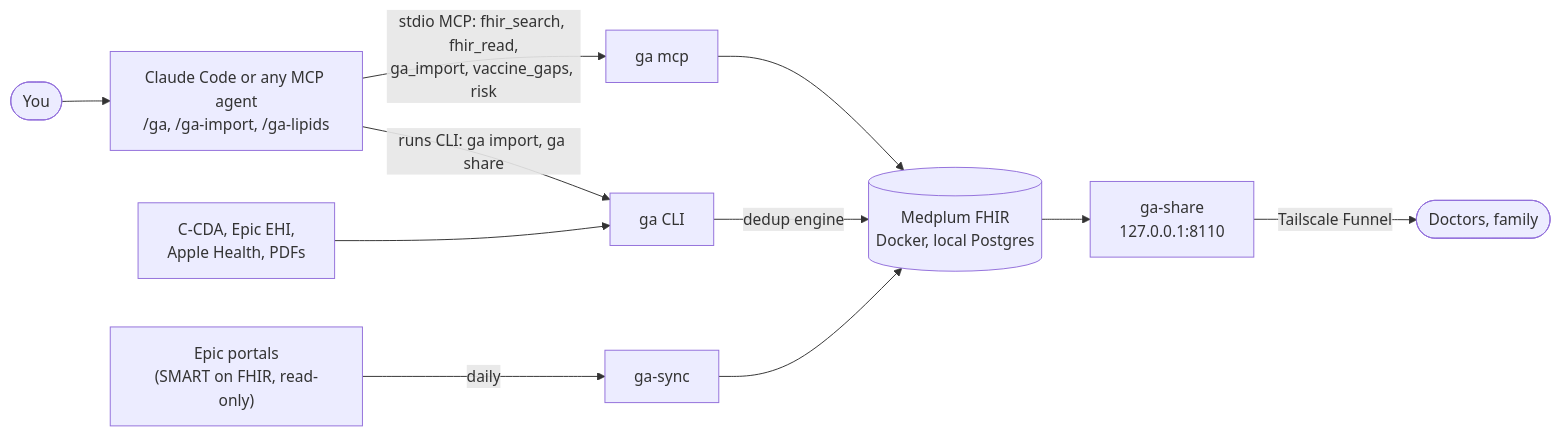
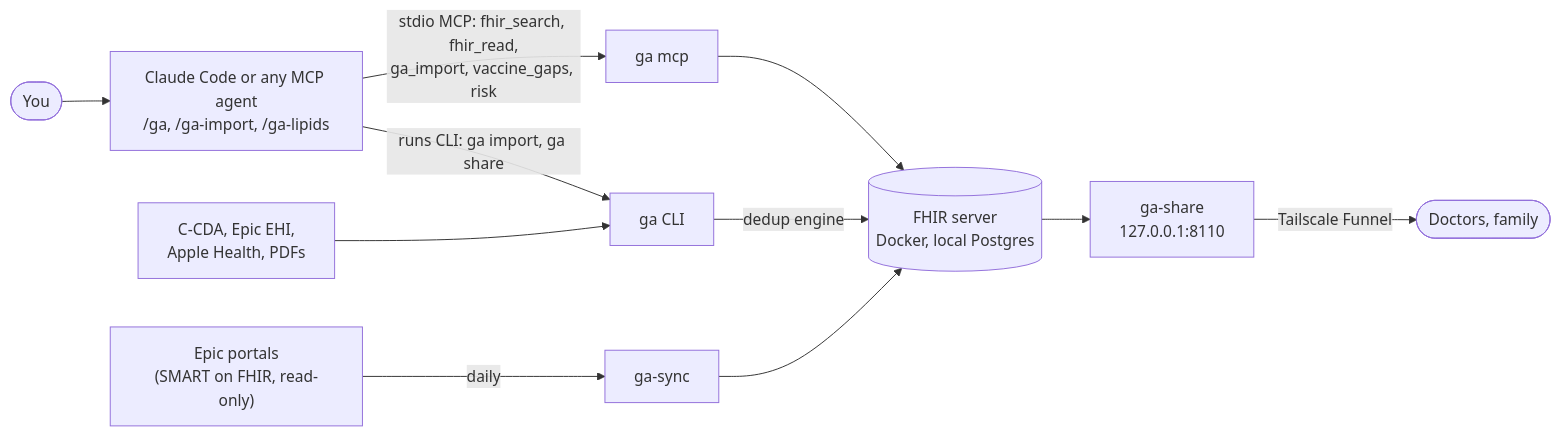
The diagram in README.md (seouri/ga-server), drawn with Mermaid before and after one commit. The commit also changed other lines of this file, not shown here.

Commit message:
docs: lead with starting Claude Code in the repo; say FHIR server, not Medplum

````diff
--- a/README.md
+++ b/README.md
@@ -17,11 +17,11 @@
 ```mermaid
 flowchart LR
   you([You]) --> agent["Claude Code or any MCP agent<br/>/ga, /ga-import, /ga-lipids"]
   agent -- "stdio MCP: fhir_search, fhir_read,<br/>ga_import, vaccine_gaps, risk" --> mcp["ga mcp"]
   agent -- "runs CLI: ga import, ga share" --> cli["ga CLI"]
-  mcp --> fhir[("Medplum FHIR<br/>Docker, local Postgres")]
+  mcp --> fhir[("FHIR server<br/>Docker, local Postgres")]
   cli -- "dedup engine" --> fhir
   files["C-CDA, Epic EHI,<br/>Apple Health, PDFs"] --> cli
   epic["Epic portals<br/>(SMART on FHIR, read-only)"] -- "daily" --> sync["ga-sync"] --> fhir
   fhir --> share["ga-share<br/>127.0.0.1:8110"] -- "Tailscale Funnel" --> people(["Doctors, family"])
 ```
````
